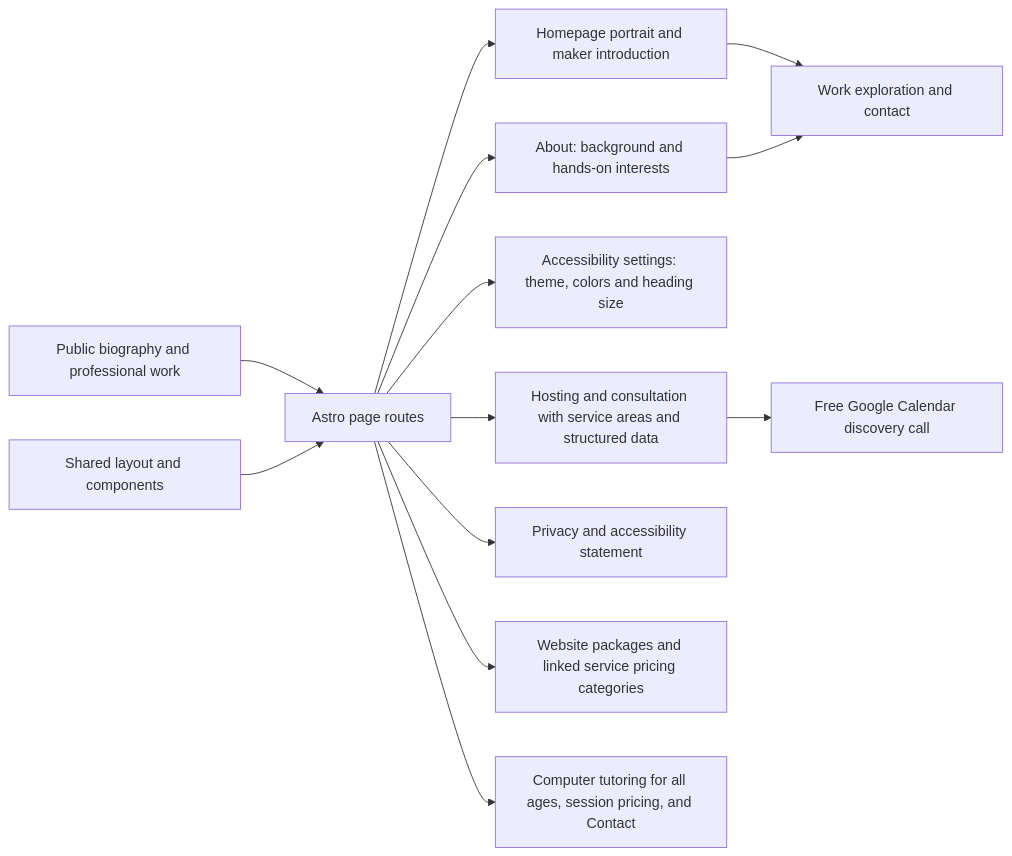
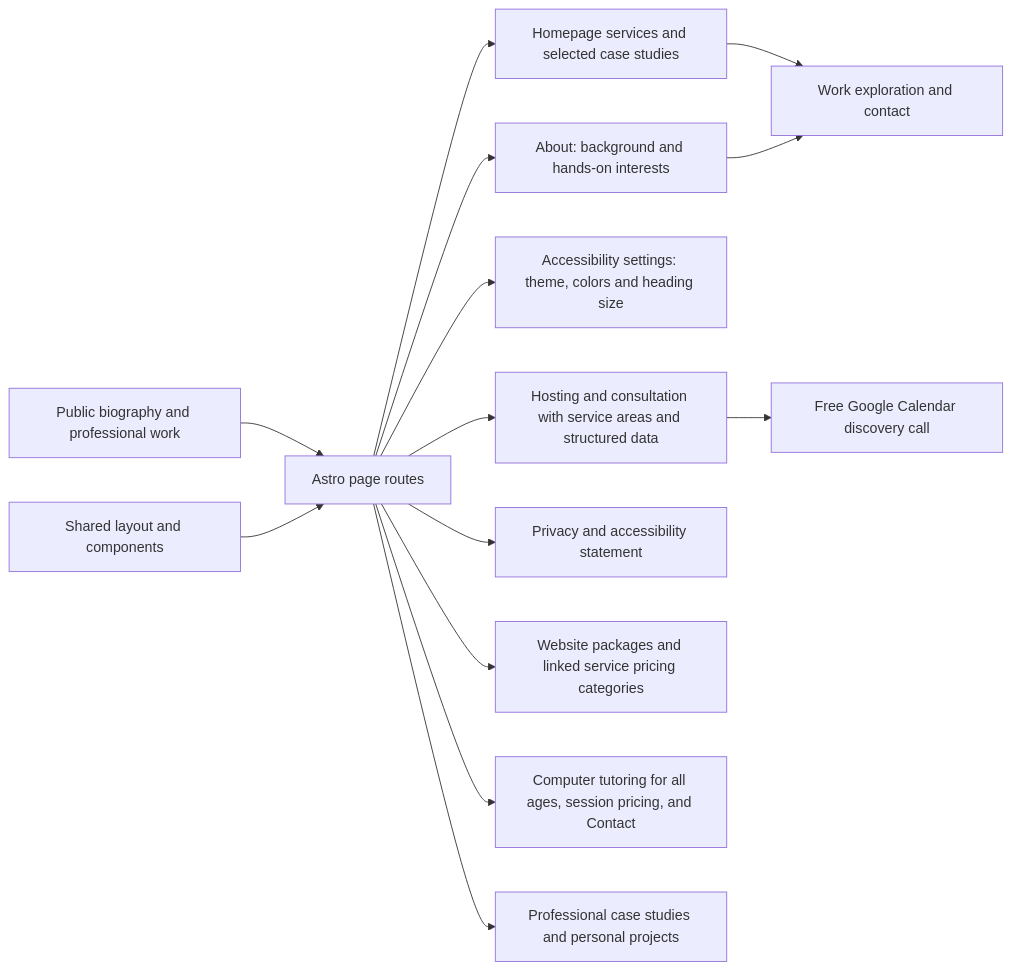
One commit to anoblet/astronautical-apogee changed the diagram in src/pages/_readme.md. Above: the diagram before and after it, drawn with Mermaid. The commit also changed other lines of this file and 19 other files, not shown here.

Commit message:
fix(site): clarify services, portfolio, and booking paths

````diff
--- a/src/pages/_readme.md
+++ b/src/pages/_readme.md
@@ -18,15 +20,16 @@
 ```mermaid
 flowchart LR
     Biography[Public biography and professional work] --> Routes[Astro page routes]
-    Routes --> Home[Homepage portrait and maker introduction]
+    Routes --> Home[Homepage services and selected case studies]
     Routes --> About[About: background and hands-on interests]
     Layout[Shared layout and components] --> Routes
     Routes --> Accessibility[Accessibility settings: theme, colors and heading size]
     Routes --> Ads[Hosting and consultation with service areas and structured data]
     Ads --> Booking[Free Google Calendar discovery call]
     Routes --> Policies[Privacy and accessibility statement]
     Routes --> Pricing[Website packages and linked service pricing categories]
     Routes --> Tutoring[Computer tutoring for all ages, session pricing, and Contact]
     Home --> Contact[Work exploration and contact]
+    Routes --> Portfolio[Professional case studies and personal projects]
     About --> Contact
 ```
````
